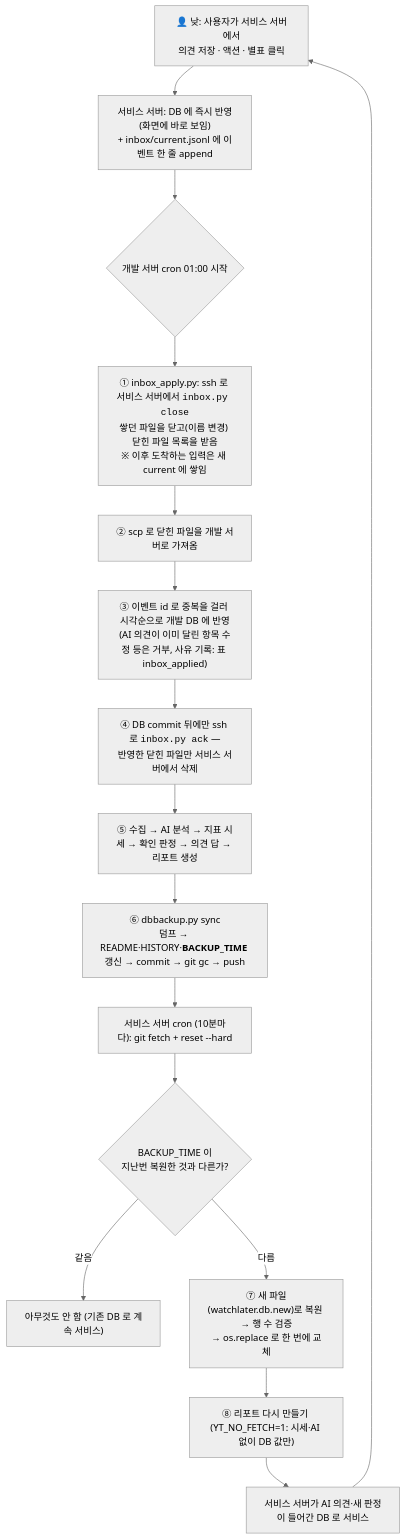
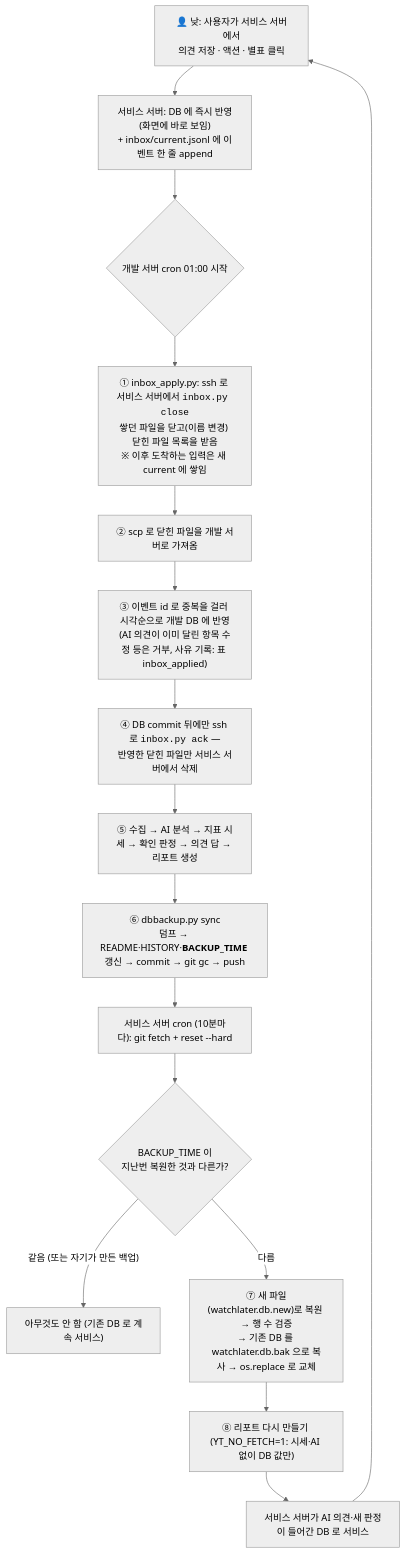
The second of 2 diagrams in README.md (cheoljoo/yt-watcher-later), drawn with Mermaid (neutral theme) before and after one commit. The commit also changed other lines of this file and 3 other files, not shown here.

````diff
--- a/README.md
+++ b/README.md
@@ -86,18 +87,18 @@
 ```mermaid
 flowchart TD
     A["👤 낮: 사용자가 서비스 서버에서<br/>의견 저장 · 액션 · 별표 클릭"] --> B["서비스 서버: DB 에 즉시 반영(화면에 바로 보임)<br/>+ inbox/current.jsonl 에 이벤트 한 줄 append"]
     B --> C{"개발 서버 cron 01:00 시작"}
     C --> D["① inbox_apply.py: ssh 로 서비스 서버에서 <code>inbox.py close</code><br/>쌓던 파일을 닫고(이름 변경) 닫힌 파일 목록을 받음<br/>※ 이후 도착하는 입력은 새 current 에 쌓임"]
     D --> D2["② scp 로 닫힌 파일을 개발 서버로 가져옴"]
     D2 --> E["③ 이벤트 id 로 중복을 걸러 시각순으로 개발 DB 에 반영<br/>(AI 의견이 이미 달린 항목 수정 등은 거부, 사유 기록: 표 inbox_applied)"]
     E --> F["④ DB commit 뒤에만 ssh 로 <code>inbox.py ack</code> —<br/>반영한 닫힌 파일만 서비스 서버에서 삭제"]
     F --> G["⑤ 수집 → AI 분석 → 지표 시세 → 확인 판정 → 의견 답 → 리포트 생성"]
     G --> H["⑥ dbbackup.py sync<br/>덤프 → README·HISTORY·<b>BACKUP_TIME</b> 갱신 → commit → git gc → push"]
     H --> I["서비스 서버 cron (10분마다): git fetch + reset --hard"]
     I --> J{"BACKUP_TIME 이<br/>지난번 복원한 것과 다른가?"}
-    J -- "같음" --> K["아무것도 안 함 (기존 DB 로 계속 서비스)"]
-    J -- "다름" --> L["⑦ 새 파일(watchlater.db.new)로 복원 → 행 수 검증<br/>→ os.replace 로 한 번에 교체"]
+    J -- "같음 (또는 자기가 만든 백업)" --> K["아무것도 안 함 (기존 DB 로 계속 서비스)"]
+    J -- "다름" --> L["⑦ 새 파일(watchlater.db.new)로 복원 → 행 수 검증<br/>→ 기존 DB 를 watchlater.db.bak 으로 복사 → os.replace 로 교체"]
     L --> M["⑧ 리포트 다시 만들기 (YT_NO_FETCH=1: 시세·AI 없이 DB 값만)"]
     M --> N["서비스 서버가 AI 의견·새 판정이 들어간 DB 로 서비스"]
     N --> A
 ```
````
